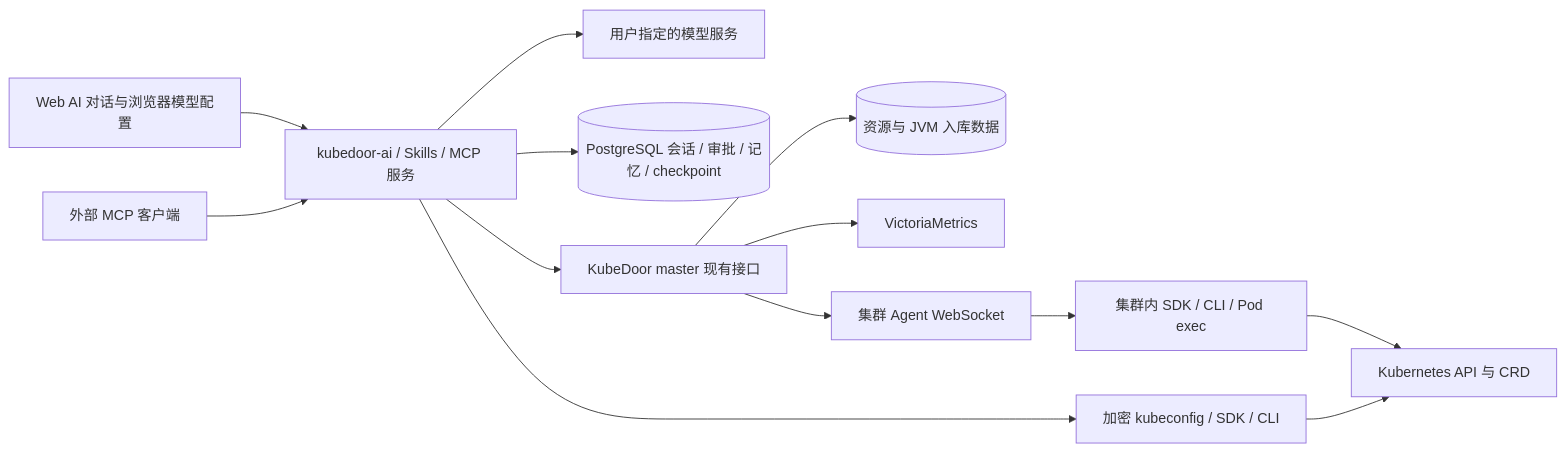
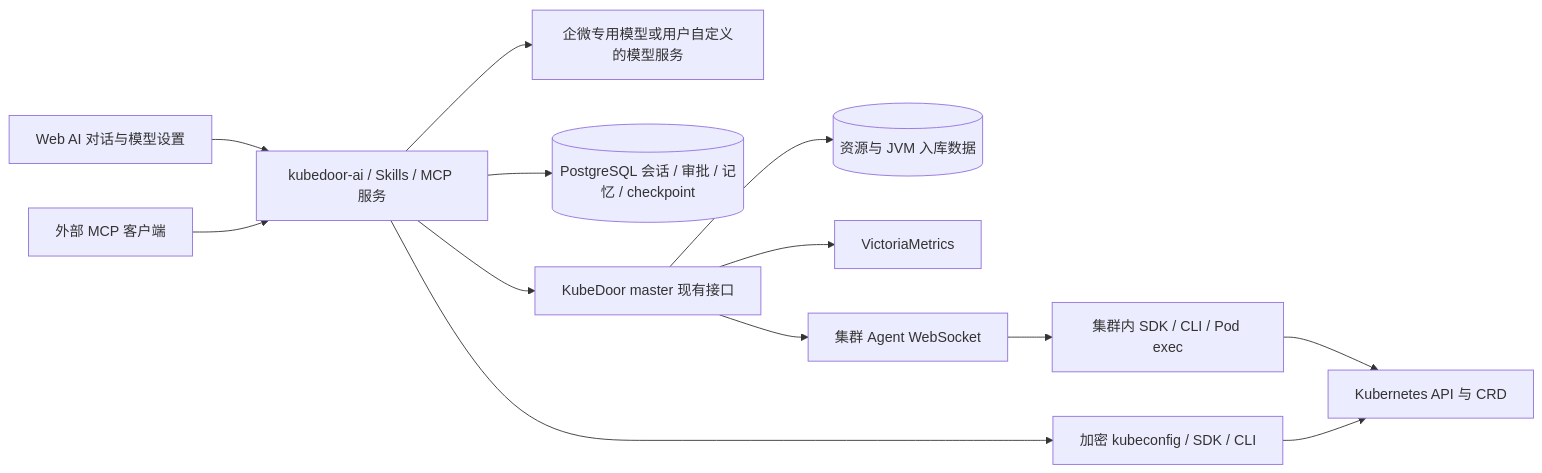
One commit to CassInfra/KubeDoor changed the diagram in docs/ai-assistant.md. Above: the diagram before and after it, drawn with Mermaid. The commit also changed other lines of this file and 28 other files, not shown here.

````diff
--- a/docs/ai-assistant.md
+++ b/docs/ai-assistant.md
@@ -608,15 +635,15 @@
 ```mermaid
 flowchart LR
-    Web[Web AI 对话与浏览器模型配置] --> AI[kubedoor-ai / Skills / MCP 服务]
+    Web[Web AI 对话与模型设置] --> AI[kubedoor-ai / Skills / MCP 服务]
     External[外部 MCP 客户端] --> AI
-    AI --> Model[用户指定的模型服务]
+    AI --> Model[企微专用模型或用户自定义的模型服务]
     AI --> Sessions[(PostgreSQL 会话 / 审批 / 记忆 / checkpoint)]
     AI --> Master[KubeDoor master 现有接口]
     Master --> Stored[(资源与 JVM 入库数据)]
     Master --> VM[VictoriaMetrics]
     Master --> WS[集群 Agent WebSocket]
     WS --> Agent[集群内 SDK / CLI / Pod exec]
     AI --> Direct[加密 kubeconfig / SDK / CLI]
     Direct --> K8S[Kubernetes API 与 CRD]
     Agent --> K8S
 ```
````
